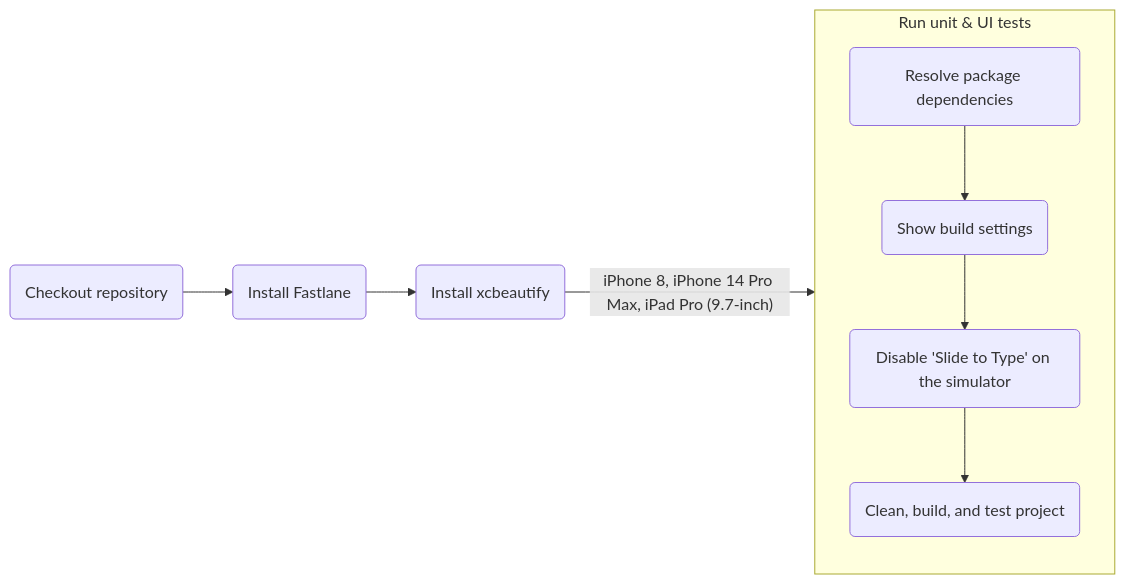
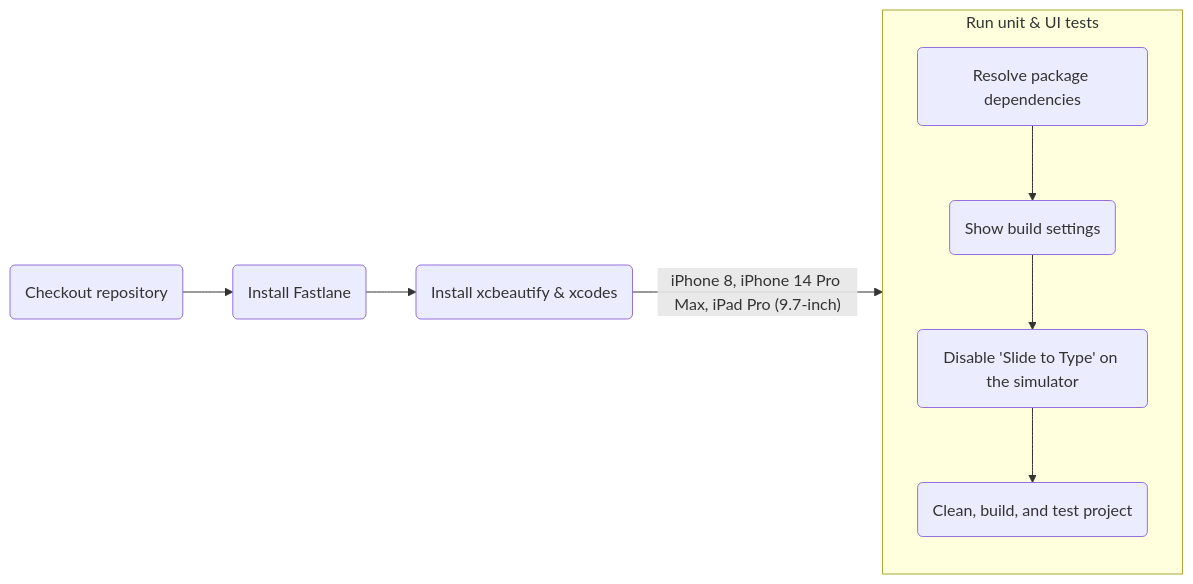
One commit to Abhiek187/ez-recipes-ios changed the first of 3 diagrams in README.md. Above: the diagram before and after it, drawn with Mermaid. The commit also changed 4 other files, not shown here.

````diff
--- a/README.md
+++ b/README.md
@@ -35,14 +35,14 @@
 ```mermaid
 flowchart LR
 
 A(Checkout repository) --> B(Install Fastlane)
-B --> C(Install xcbeautify)
+B --> C(Install xcbeautify & xcodes)
 C -->|"iPhone 8, iPhone 14 Pro Max, iPad Pro (9.7-inch)"| D
 
 subgraph D [Run unit & UI tests]
 direction TB
 E(Resolve package dependencies) --> F(Show build settings)
 F --> G(Disable 'Slide to Type' on the simulator)
 G --> H(Clean, build, and test project)
 end
 ```
````
